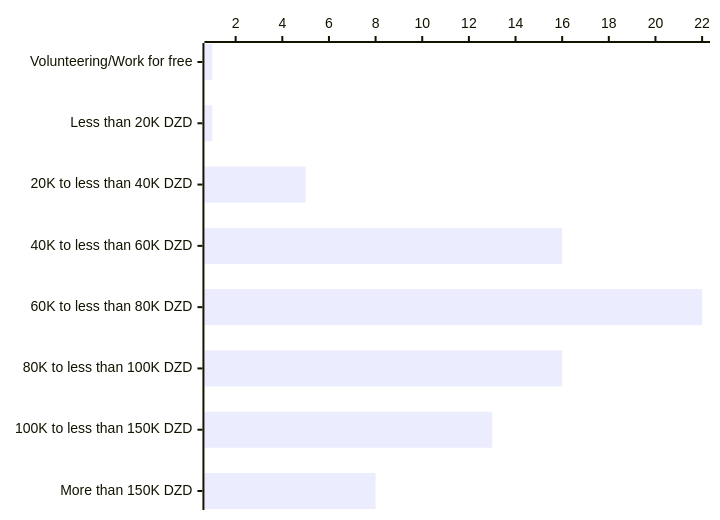
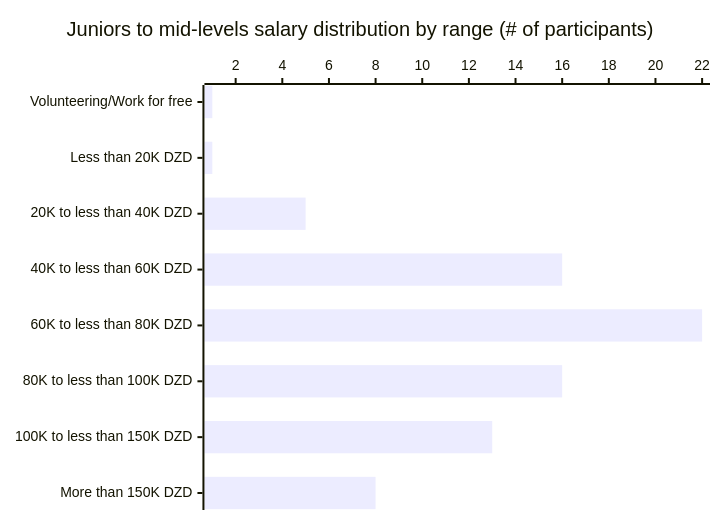
One commit to Fcmam5/state-of-dz-swe-2024 changed the fifth of 10 diagrams in website/docs/insights/remuneration.md. Above: the diagram before and after it, drawn with Mermaid. The commit also changed other lines of this file and 6 other files, not shown here.

````diff
--- a/website/docs/insights/remuneration.md
+++ b/website/docs/insights/remuneration.md
@@ -112,5 +113,6 @@
 ```mermaid
 xychart-beta horizontal
+  title "Juniors to mid-levels salary distribution by range (# of participants)"
   x-axis ["Volunteering/Work for free","Less than 20K DZD","20K to less than 40K DZD","40K to less than 60K DZD","60K to less than 80K DZD","80K to less than 100K DZD","100K to less than 150K DZD","More than 150K DZD"]
   bar [1,1,5,16,22,16,13,8]
 ```
````
